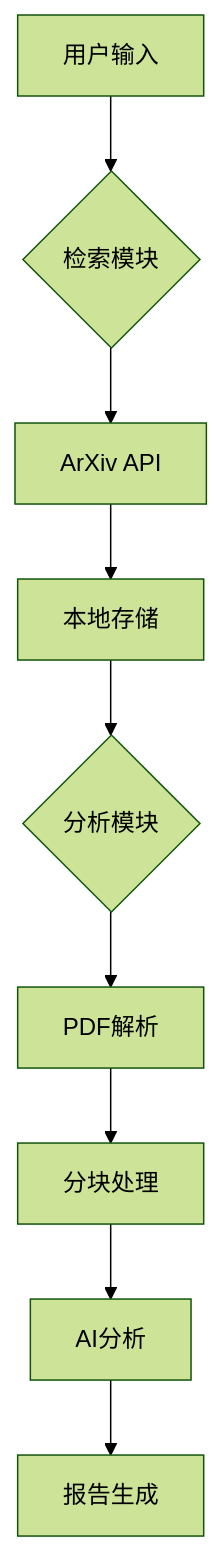
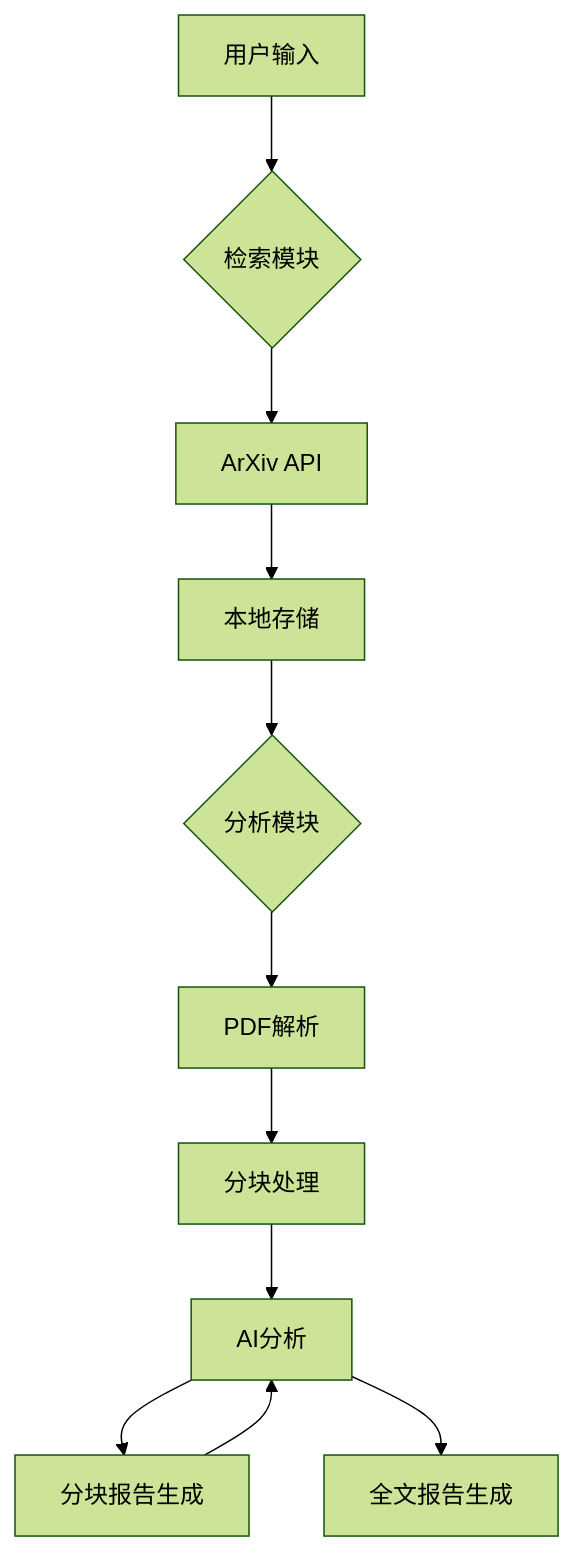
Before and after one commit to O-YangF/EssayPolisher: the diagram in README.md, drawn with Mermaid (forest theme). The commit also changed other lines of this file and 2 other files, not shown here.

````diff
--- a/README.md
+++ b/README.md
@@ -63,11 +65,13 @@
 ```mermaid
 graph TD
     A[用户输入] --> B{检索模块}
     B --> C[ArXiv API]
     C --> D[本地存储]
     D --> E{分析模块}
     E --> F[PDF解析]
     F --> G[分块处理]
     G --> H[AI分析]
-    H --> I[报告生成]
+    H --> I[分块报告生成]
+    I --> H
+    H --> J[全文报告生成]
 ```
````
